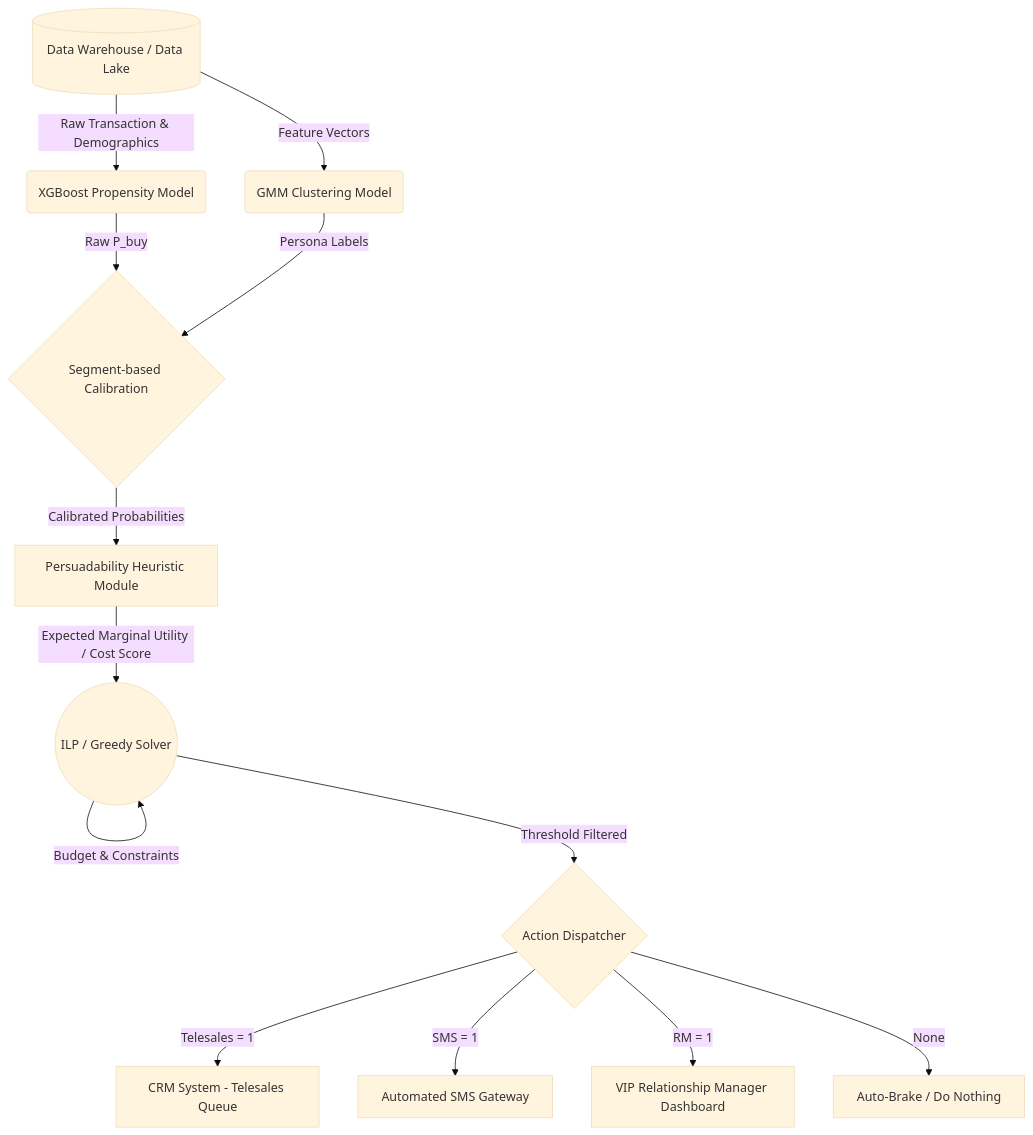
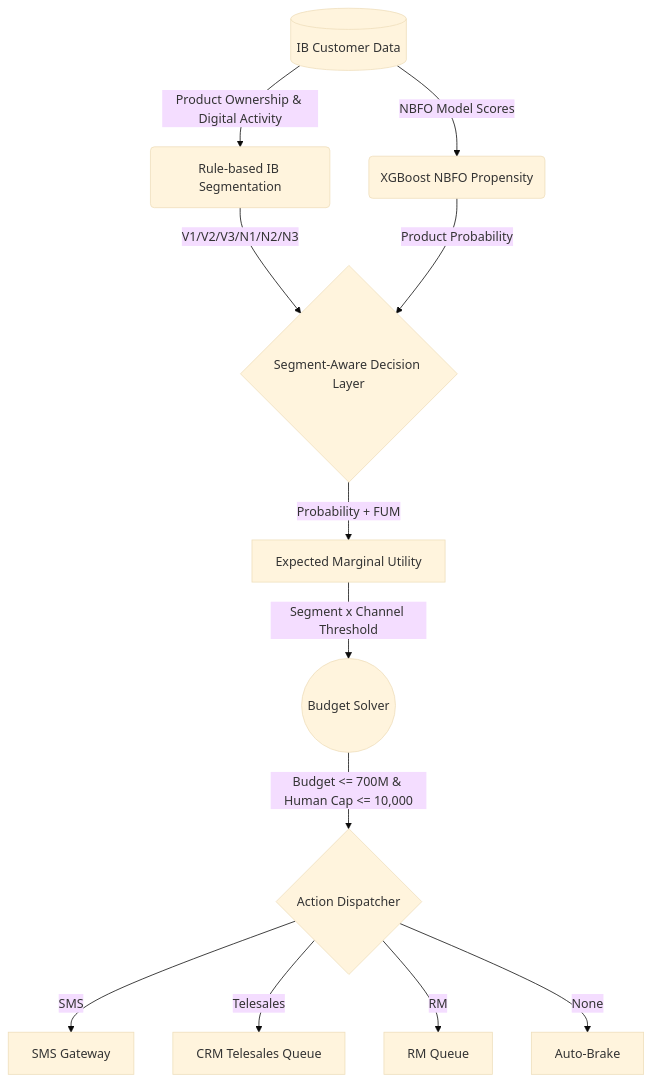
Before and after one commit to tranduclap1/gcon: the diagram in Vòng 4 (Decision Engine)/Vong4_Decision_Engine_Report.md, drawn with Mermaid (base theme). The commit also changed other lines of this file and 10 other files, not shown here.

````diff
--- a/Vòng 4 (Decision Engine)/Vong4_Decision_Engine_Report.md
+++ b/Vòng 4 (Decision Engine)/Vong4_Decision_Engine_Report.md
@@ -10,20 +15,17 @@
 ```mermaid
 graph TD
-    A[(Data Warehouse / Data Lake)] -->|Raw Transaction & Demographics| B(XGBoost Propensity Model)
-    A -->|Feature Vectors| C(GMM Clustering Model)
-    
-    B -->|Raw P_buy| D{Segment-based Calibration}
-    C -->|Persona Labels| D
-    
-    D -->|Calibrated Probabilities| E[Persuadability Heuristic Module]
-    E -->|Expected Marginal Utility / Cost Score| F((ILP / Greedy Solver))
-    
-    F -->|Budget & Constraints| F
-    
-    F -->|Threshold Filtered| G{Action Dispatcher}
-    
-    G -->|Telesales = 1| H[CRM System - Telesales Queue]
-    G -->|SMS = 1| I[Automated SMS Gateway]
-    G -->|RM = 1| J[VIP Relationship Manager Dashboard]
-    G -->|None| K[Auto-Brake / Do Nothing]
+    A[(IB Customer Data)] -->|Product Ownership & Digital Activity| B(Rule-based IB Segmentation)
+    A -->|NBFO Model Scores| C(XGBoost NBFO Propensity)
+
+    B -->|V1/V2/V3/N1/N2/N3| D{Segment-Aware Decision Layer}
+    C -->|Product Probability| D
+
+    D -->|Probability + FUM| E[Expected Marginal Utility]
+    E -->|Segment x Channel Threshold| F((Budget Solver))
+    F -->|Budget <= 700M & Human Cap <= 10,000| G{Action Dispatcher}
+
+    G -->|SMS| H[SMS Gateway]
+    G -->|Telesales| I[CRM Telesales Queue]
+    G -->|RM| J[RM Queue]
+    G -->|None| K[Auto-Brake]
 ```
````
